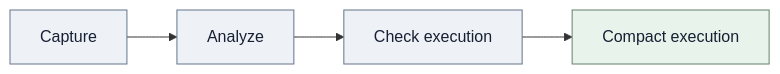
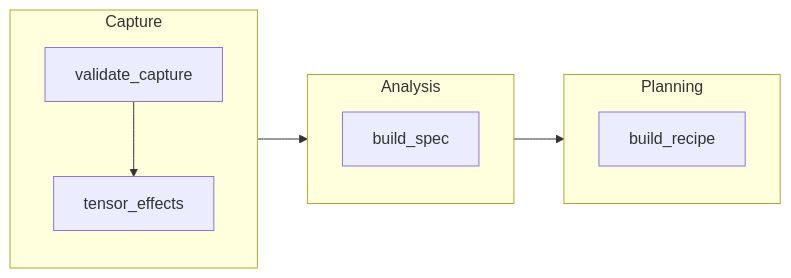
One commit to ZaberKo/torch-kirigami changed the third of 3 diagrams in docs/reference/operator-support.md. Above: the diagram before and after it, drawn with Mermaid. The commit also changed other lines of this file and 46 other files, not shown here.

````diff
--- a/docs/reference/operator-support.md
+++ b/docs/reference/operator-support.md
@@ -53,10 +259,13 @@
 ```mermaid
 flowchart LR
-    Capture["Capture"] --> Analyze["Analyze"]
-    Analyze --> Compile["Check execution"]
-    Compile --> Ready["Compact execution"]
-    classDef gate fill:#eef2f7,stroke:#64748b,color:#172033
-    classDef result fill:#e8f3ec,stroke:#62836b,color:#172033
-    class Capture,Analyze,Compile gate
-    class Ready result
+    subgraph Capture
+        V["validate_capture"] --> E["tensor_effects"]
+    end
+    subgraph Analysis
+        S["build_spec"]
+    end
+    subgraph Planning
+        P["build_recipe"]
+    end
+    Capture --> Analysis --> Planning
 ```
````
